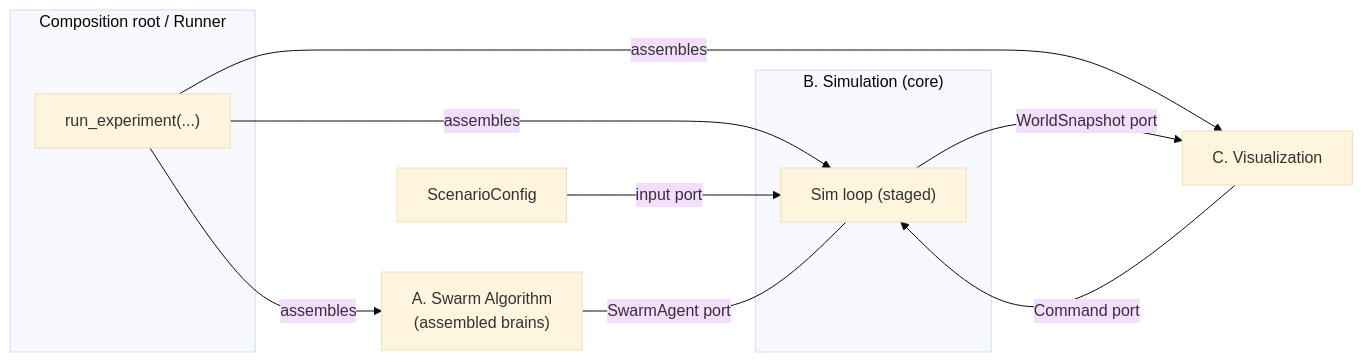
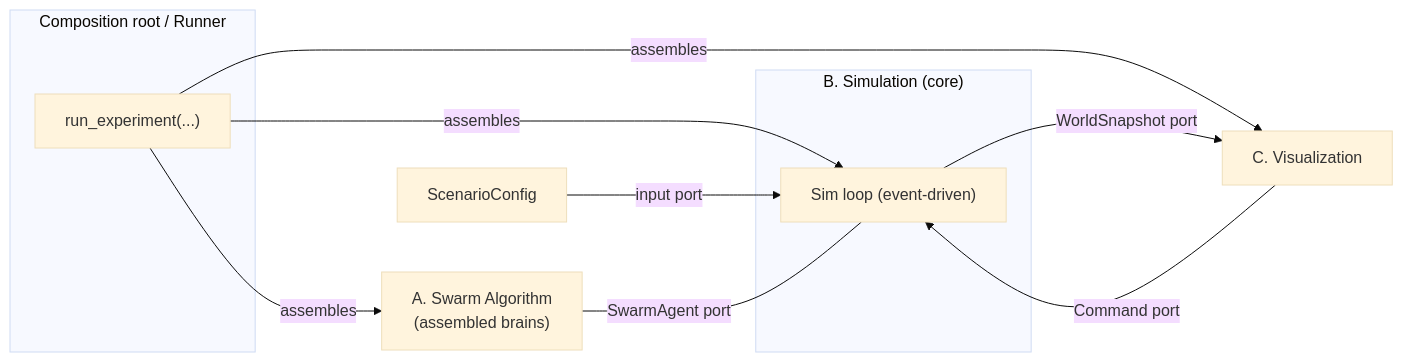
One commit to TychoGrapendaal/JIP_Swarm_Field changed the first of 4 diagrams in docs/architecture.md. Above: the diagram before and after it, drawn with Mermaid (base theme). The commit also changed other lines of this file and 19 other files, not shown here.

````diff
--- a/docs/architecture.md
+++ b/docs/architecture.md
@@ -32,22 +32,22 @@
 ```mermaid
 flowchart LR
     subgraph CR["Composition root / Runner"]
         RUN["run_experiment(...)"]
     end
 
     subgraph B["B. Simulation (core)"]
-        LOOP["Sim loop (staged)"]
+        LOOP["Sim loop (event-driven)"]
     end
 
     A["A. Swarm Algorithm<br/>(assembled brains)"]
     C["C. Visualization"]
     SC["ScenarioConfig"]
 
     RUN -->|assembles| A
     RUN -->|assembles| LOOP
     RUN -->|assembles| C
     SC -->|input port| LOOP
     A ---|SwarmAgent port| LOOP
     LOOP -->|WorldSnapshot port| C
     C -->|Command port| LOOP
 ```
````
